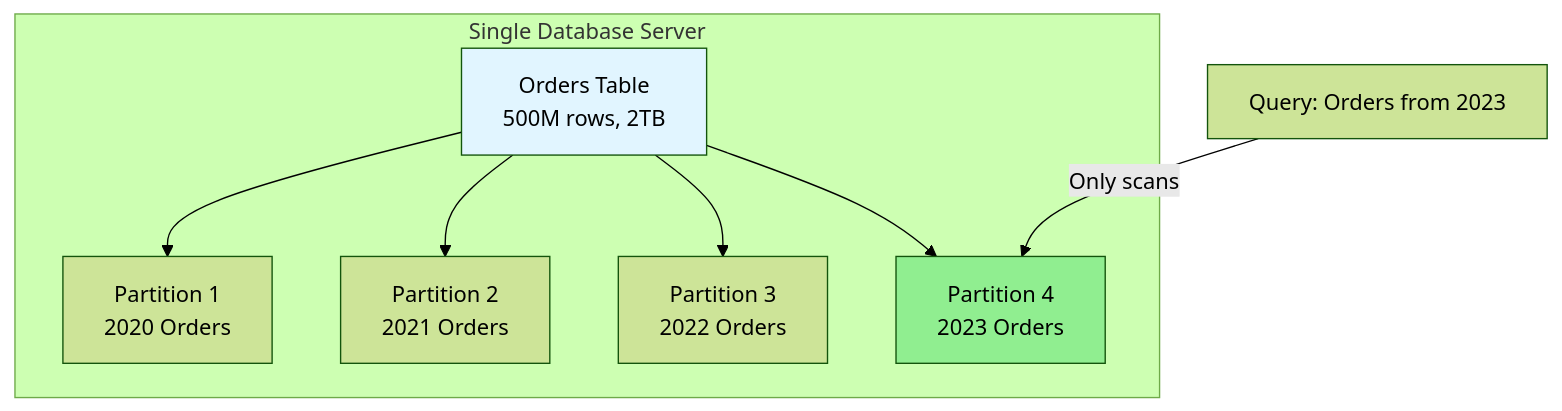
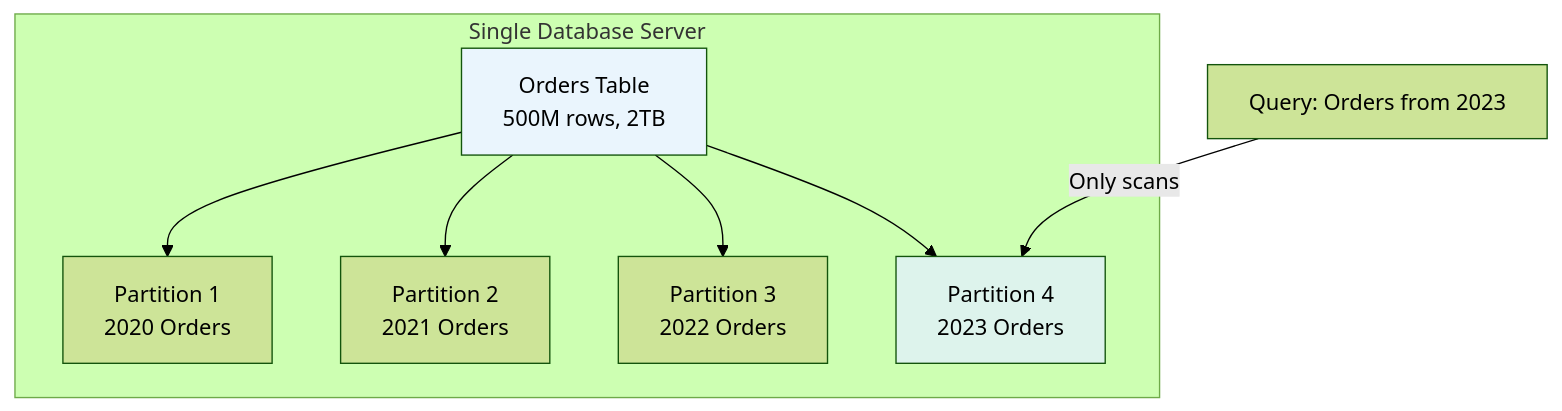
One commit to cartmancodes/InterviewVault changed the third of 46 diagrams in LLD/CoreConcepts/Sharding.md. Above: the diagram before and after it, drawn with Mermaid (forest theme). The commit also changed other lines of this file and 679 other files, not shown here.

Commit message:
Unify content diagrams and add accessible visual walkthroughs

````diff
--- a/LLD/CoreConcepts/Sharding.md
+++ b/LLD/CoreConcepts/Sharding.md
@@ -89,17 +89,17 @@
 ```mermaid
 graph TB
     subgraph "Single Database Server"
         TABLE[Orders Table<br/>500M rows, 2TB]
         
         TABLE --> P1[Partition 1<br/>2020 Orders]
         TABLE --> P2[Partition 2<br/>2021 Orders]
         TABLE --> P3[Partition 3<br/>2022 Orders]
         TABLE --> P4[Partition 4<br/>2023 Orders]
     end
     
     QUERY[Query: Orders from 2023]
     QUERY -->|Only scans| P4
     
-    style TABLE fill:#e1f5ff
-    style P4 fill:#90EE90
+    style TABLE fill:#EAF5FD
+    style P4 fill:#DDF3EC
 ```
````
